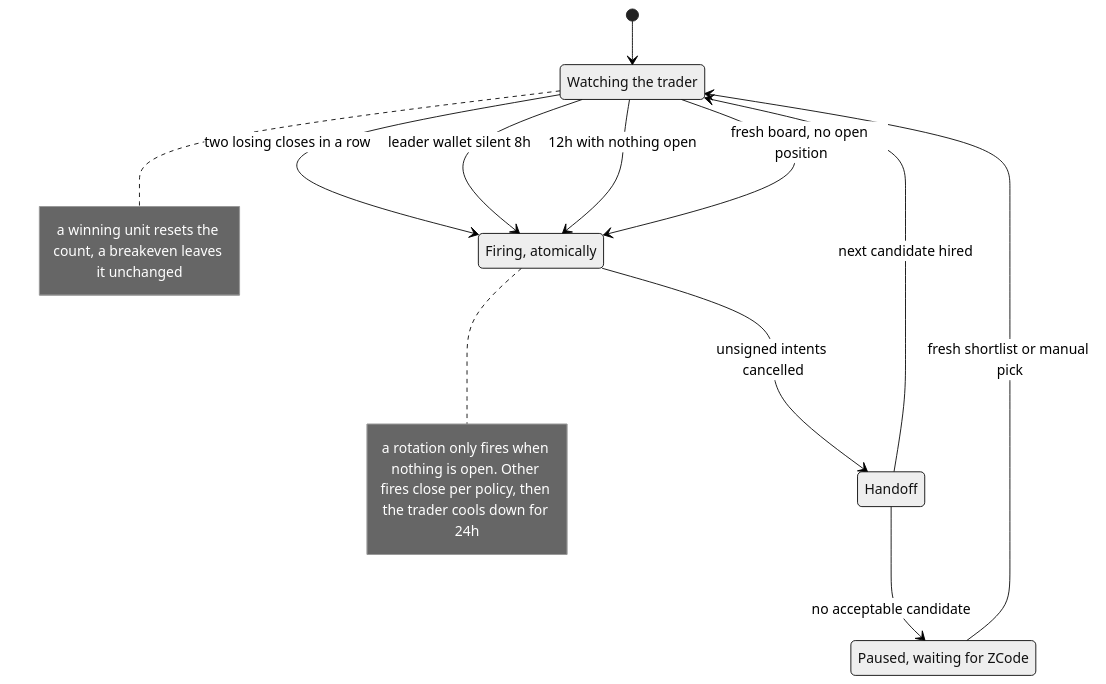
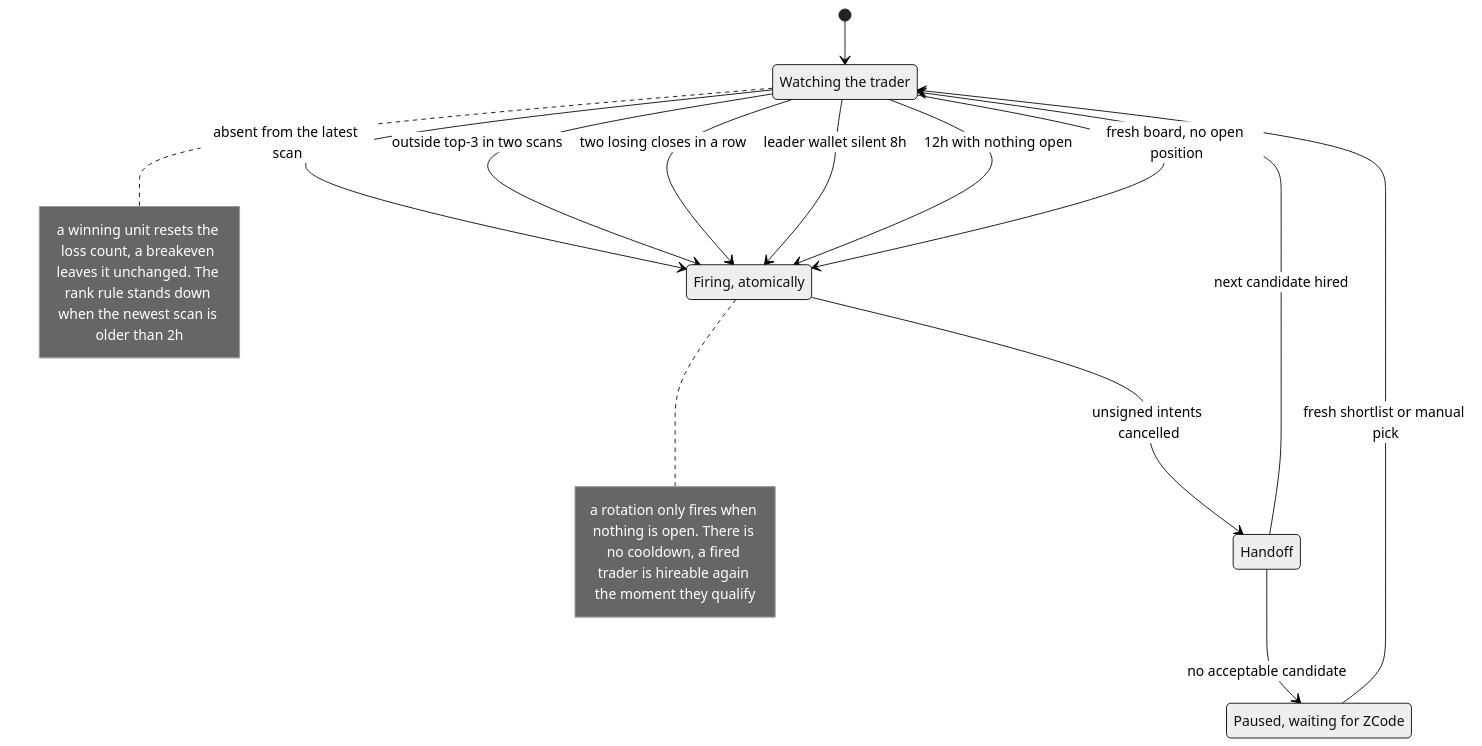
One commit to RuneL89/zcode-copytrade-bot changed the diagram in docs/diagrams/firing-handoff.mmd. Above: the diagram before and after it, drawn with Mermaid (neutral theme). The commit also changed 22 other files, not shown here.

First line of the commit message:
Rank-fire rule: fire on board decay, hire only board-present, no cooldown

```diff
--- a/docs/diagrams/firing-handoff.mmd
+++ b/docs/diagrams/firing-handoff.mmd
@@ -1,17 +1,19 @@
 %% Render: ~/.zcode/tools/mermaid-render/render.sh -i firing-handoff.mmd -o ../images/firing-handoff.png -b white -s 2 -w 1600
 stateDiagram-v2
     [*] --> Watching
+    Watching --> Firing: absent from the latest scan
+    Watching --> Firing: outside top-3 in two scans
     Watching --> Firing: two losing closes in a row
     Watching --> Firing: leader wallet silent 8h
     Watching --> Firing: 12h with nothing open
     Watching --> Firing: fresh board, no open position
     Firing --> Handoff: unsigned intents cancelled
     Handoff --> Watching: next candidate hired
     Handoff --> Paused: no acceptable candidate
     Paused --> Watching: fresh shortlist or manual pick
-    note right of Watching : a winning unit resets the count, a breakeven leaves it unchanged
-    note right of Firing : a rotation only fires when nothing is open. Other fires close per policy, then the trader cools down for 24h
+    note right of Watching : a winning unit resets the loss count, a breakeven leaves it unchanged. The rank rule stands down when the newest scan is older than 2h
+    note right of Firing : a rotation only fires when nothing is open. There is no cooldown, a fired trader is hireable again the moment they qualify
     state "Watching the trader" as Watching
     state "Firing, atomically" as Firing
     state "Handoff" as Handoff
     state "Paused, waiting for ZCode" as Paused
```
